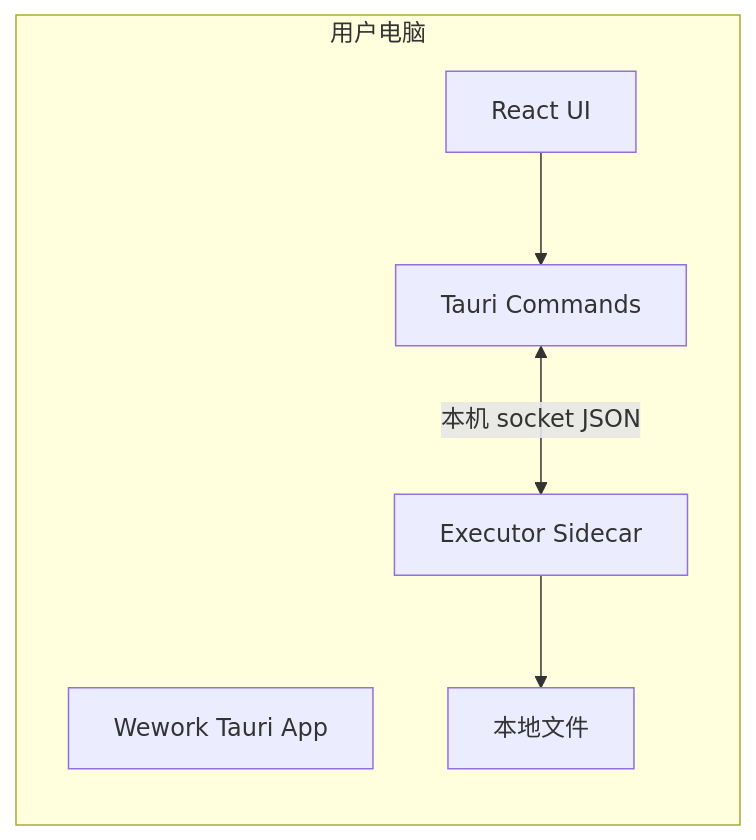
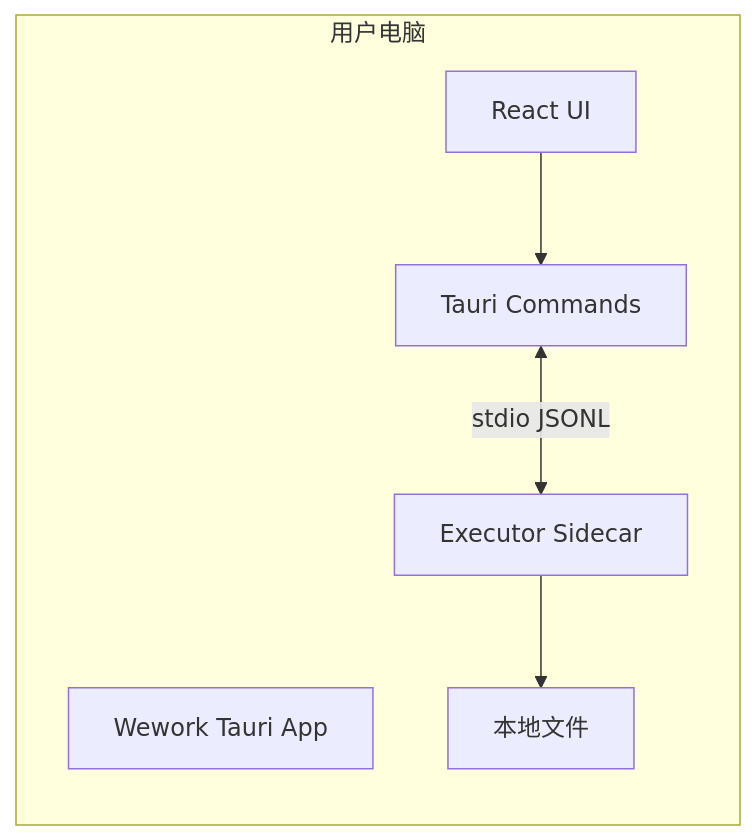
One commit to wecode-ai/wegent-docs changed the second of 8 diagrams in i18n/zh/docusaurus-plugin-content-docs/current/developer-guide/local-device-architecture.md. Above: the diagram before and after it, drawn with Mermaid. The commit also changed other lines of this file and 9 other files, not shown here.

````diff
--- a/i18n/zh/docusaurus-plugin-content-docs/current/developer-guide/local-device-architecture.md
+++ b/i18n/zh/docusaurus-plugin-content-docs/current/developer-guide/local-device-architecture.md
@@ -43,14 +43,14 @@
 ```mermaid
 flowchart LR
     subgraph "用户电脑"
         APP["Wework Tauri App"]
         UI["React UI"]
         TAURI["Tauri Commands"]
         EX["Executor Sidecar"]
         FS["本地文件"]
     end
 
     UI --> TAURI
-    TAURI <-->|"本机 socket JSON"| EX
+    TAURI <-->|"stdio JSONL"| EX
     EX --> FS
 ```
````
